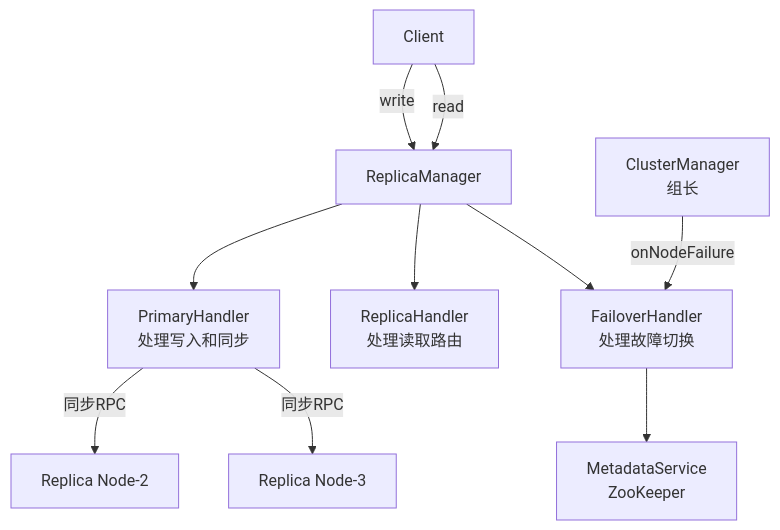
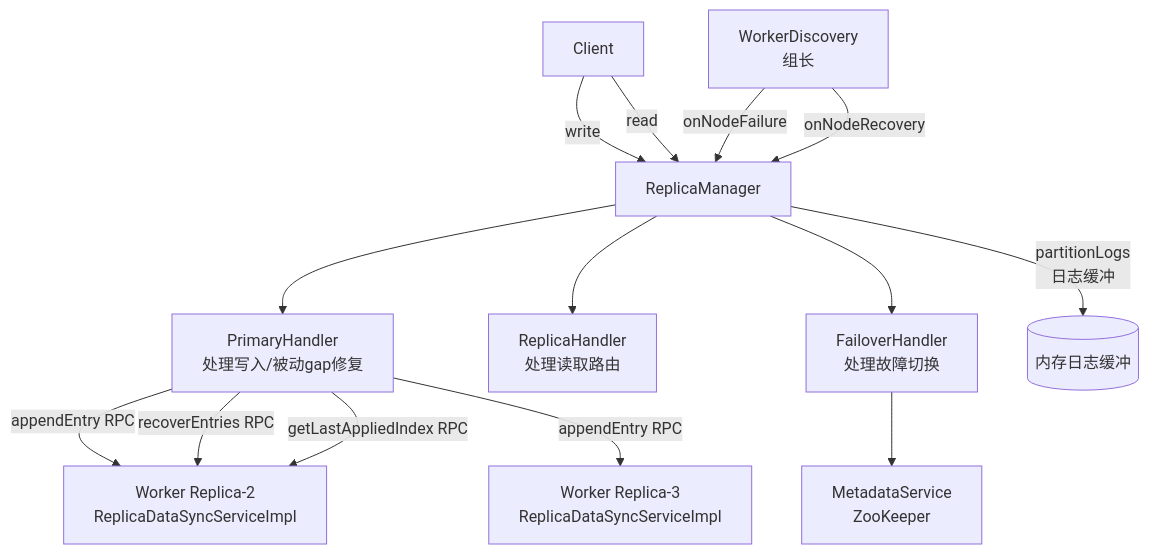
One commit to cyw5807/minisql-cluster changed diagram 12 of 23 in document/A/模块实现与测试报告.md. Above: the diagram before and after it, drawn with Mermaid. The commit also changed other lines of this file and 15 other files, not shown here.

````diff
--- a/document/A/模块实现与测试报告.md
+++ b/document/A/模块实现与测试报告.md
@@ -568,12 +575,16 @@
 ```mermaid
 graph TD
     Client -->|write| RM[ReplicaManager]
     Client -->|read| RM
-    RM --> PH[PrimaryHandler\n处理写入和同步]
+    RM --> PH[PrimaryHandler\n处理写入/被动gap修复]
     RM --> RH[ReplicaHandler\n处理读取路由]
     RM --> FH[FailoverHandler\n处理故障切换]
-    PH -->|同步RPC| Replica1[Replica Node-2]
-    PH -->|同步RPC| Replica2[Replica Node-3]
+    PH -->|appendEntry RPC| Replica1[Worker Replica-2\nReplicaDataSyncServiceImpl]
+    PH -->|appendEntry RPC| Replica2[Worker Replica-3\nReplicaDataSyncServiceImpl]
+    PH -->|recoverEntries RPC| Replica1
+    PH -->|getLastAppliedIndex RPC| Replica1
     FH --> MS[MetadataService\nZooKeeper]
-    CM[ClusterManager\n组长] -->|onNodeFailure| FH
+    CM[WorkerDiscovery\n组长] -->|onNodeFailure| RM
+    CM -->|onNodeRecovery| RM
+    RM -->|partitionLogs\n日志缓冲| LogBuf[(内存日志缓冲)]
 ```
````
